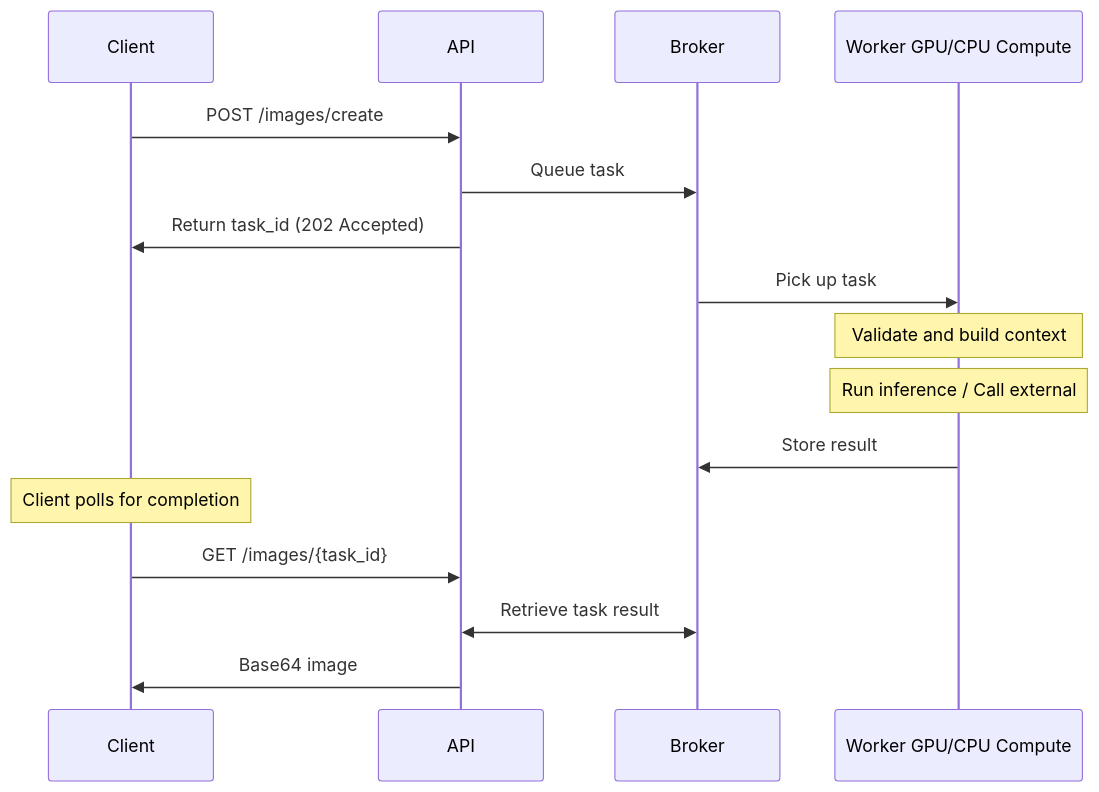
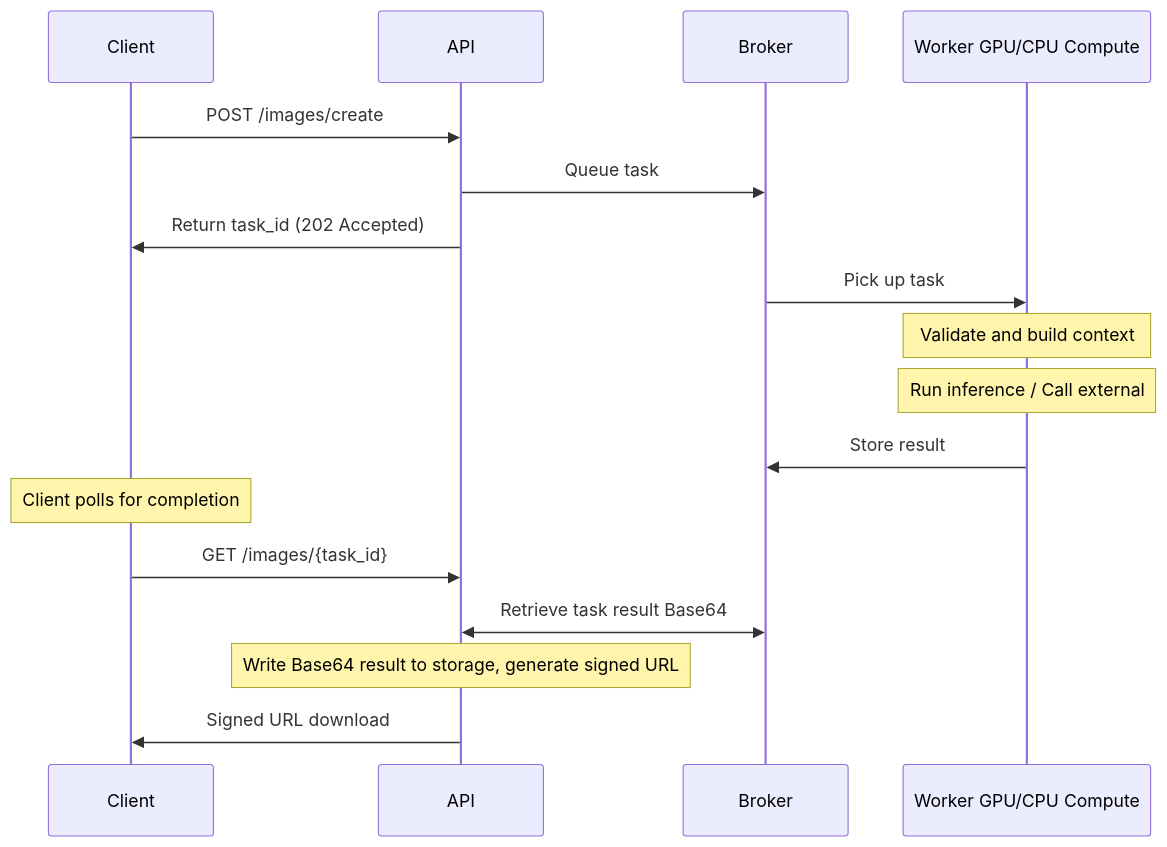
The first of 2 diagrams in README.md (JoeGaffney/deferred-diffusion), drawn with Mermaid before and after one commit. The commit also changed other lines of this file and 98 other files, not shown here.

First line of the commit message:
feature: changes the output delivery mechanism from base64-encoded data to file storage with signed URLs (#63)

````diff
--- a/README.md
+++ b/README.md
@@ -30,20 +30,21 @@
 ```mermaid
 sequenceDiagram
     participant Client
     participant API
     participant Broker
     participant Worker as Worker GPU/CPU Compute
 
     Client->>API: POST /images/create
     API->>Broker: Queue task
     API->>Client: Return task_id (202 Accepted)
     Broker->>Worker: Pick up task
     Note over Worker: Validate and build context
     Note over Worker: Run inference / Call external
     Worker->>Broker: Store result
 
     Note over Client: Client polls for completion
     Client->>API: GET /images/{task_id}
-    API<<->>Broker: Retrieve task result
-    API->>Client: Base64 image
+    API<<->>Broker: Retrieve task result Base64
+    Note over API: Write Base64 result to storage, generate signed URL
+    API->>Client: Signed URL download
 ```
````
